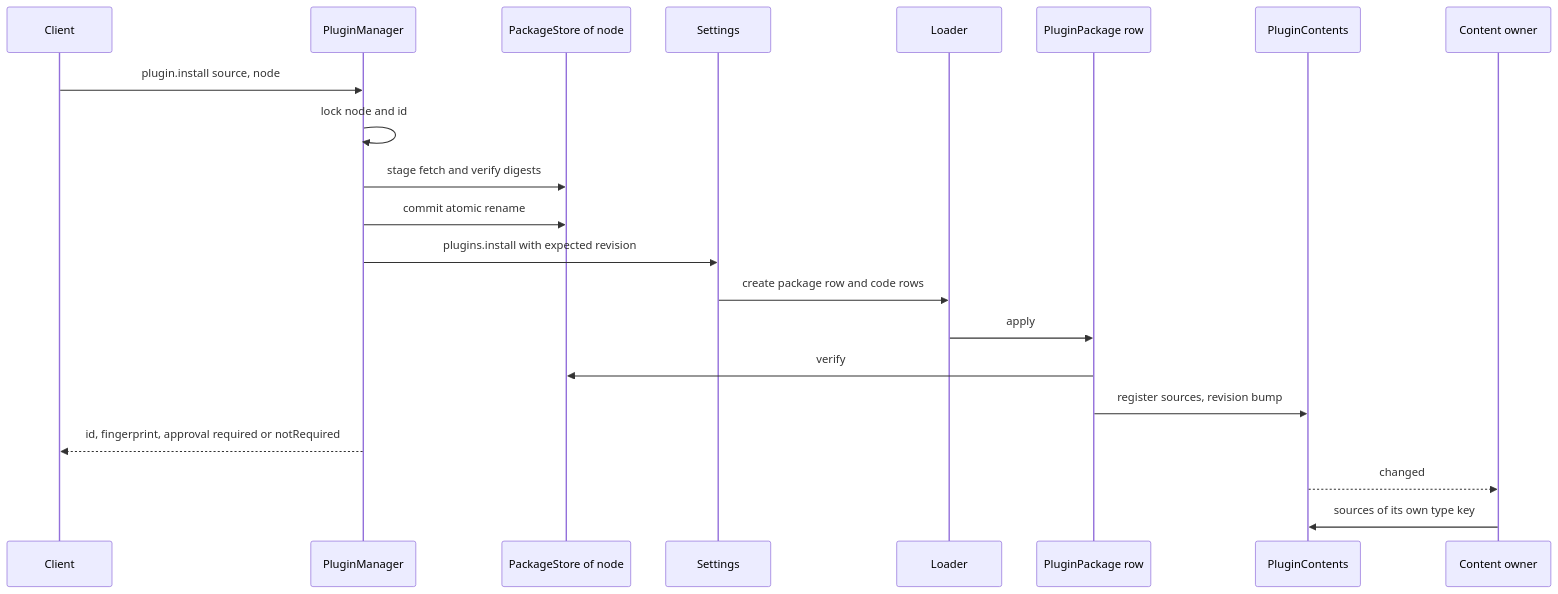
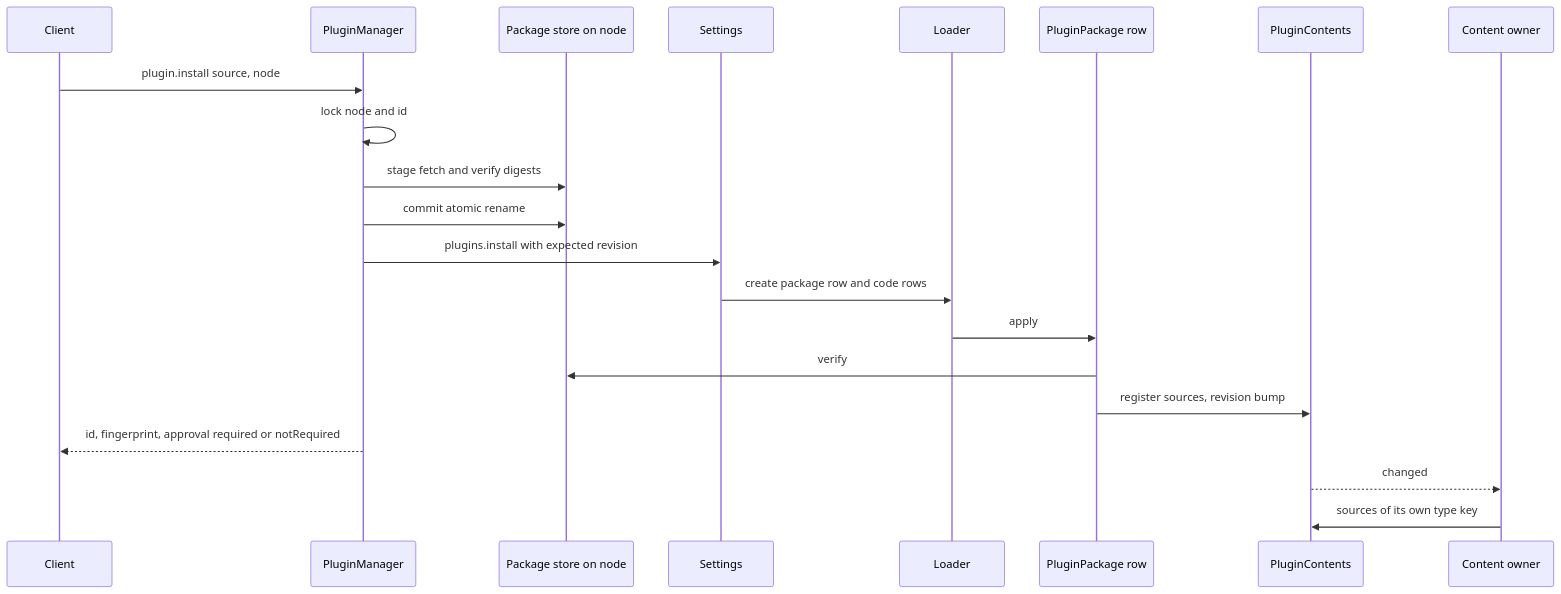
One commit to CoutinhoTTS/dim-agent changed the third of 6 diagrams in docs/design/plugins/PluginManager.md. Above: the diagram before and after it, drawn with Mermaid. The commit also changed other lines of this file and 3 other files, not shown here.

````diff
--- a/docs/design/plugins/PluginManager.md
+++ b/docs/design/plugins/PluginManager.md
@@ -89,23 +81,23 @@
 ```mermaid
 sequenceDiagram
   participant C as Client
   participant PM as PluginManager
-  participant PS as PackageStore of node
+  participant PS as Package store on node
   participant S as Settings
   participant L as Loader
   participant R as PluginPackage row
   participant PC as PluginContents
   participant O as Content owner
   C->>PM: plugin.install source, node
   PM->>PM: lock node and id
   PM->>PS: stage fetch and verify digests
   PM->>PS: commit atomic rename
   PM->>S: plugins.install with expected revision
   S->>L: create package row and code rows
   L->>R: apply
   R->>PS: verify
   R->>PC: register sources, revision bump
   PM-->>C: id, fingerprint, approval required or notRequired
   PC-->>O: changed
   O->>PC: sources of its own type key
 ```
````
